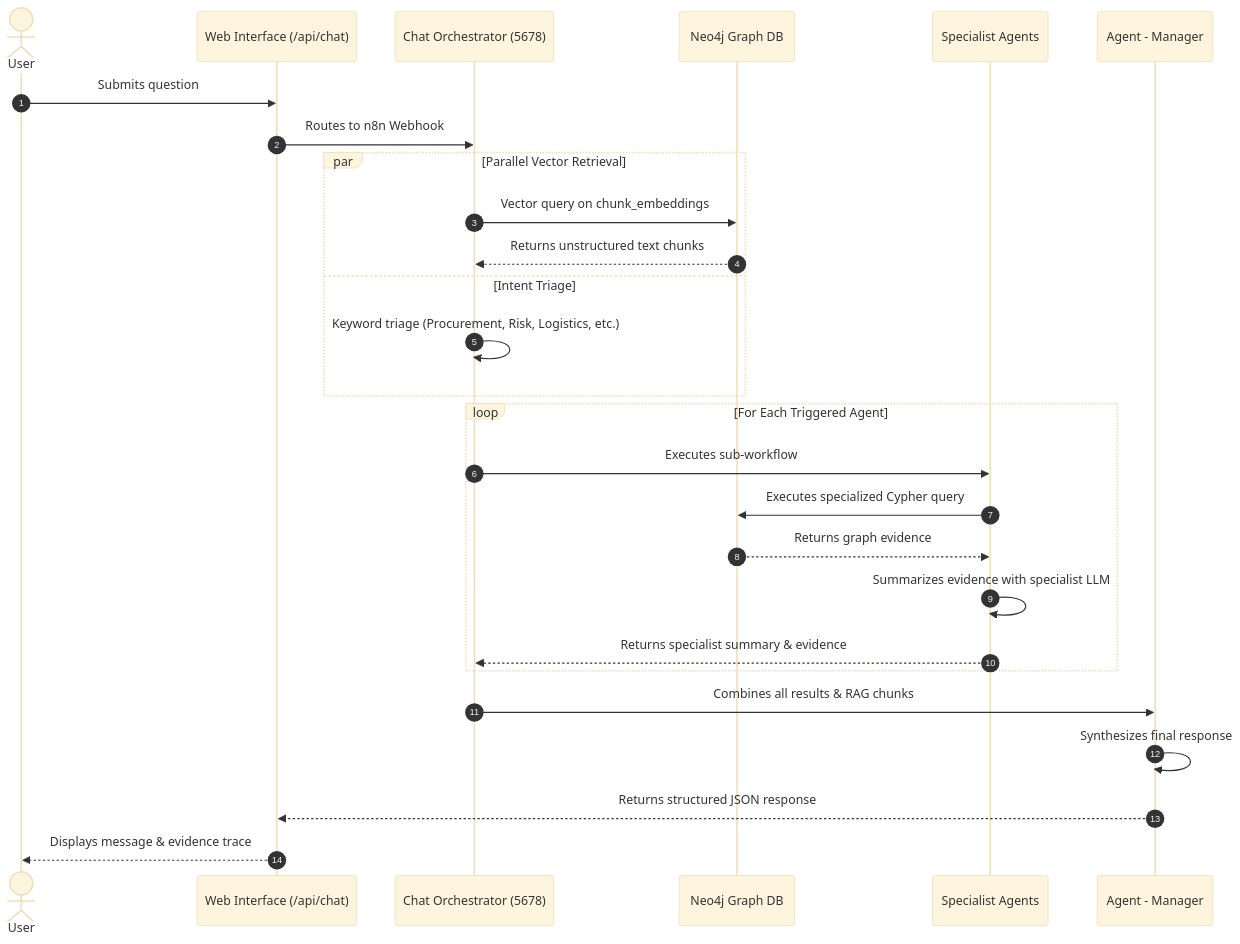
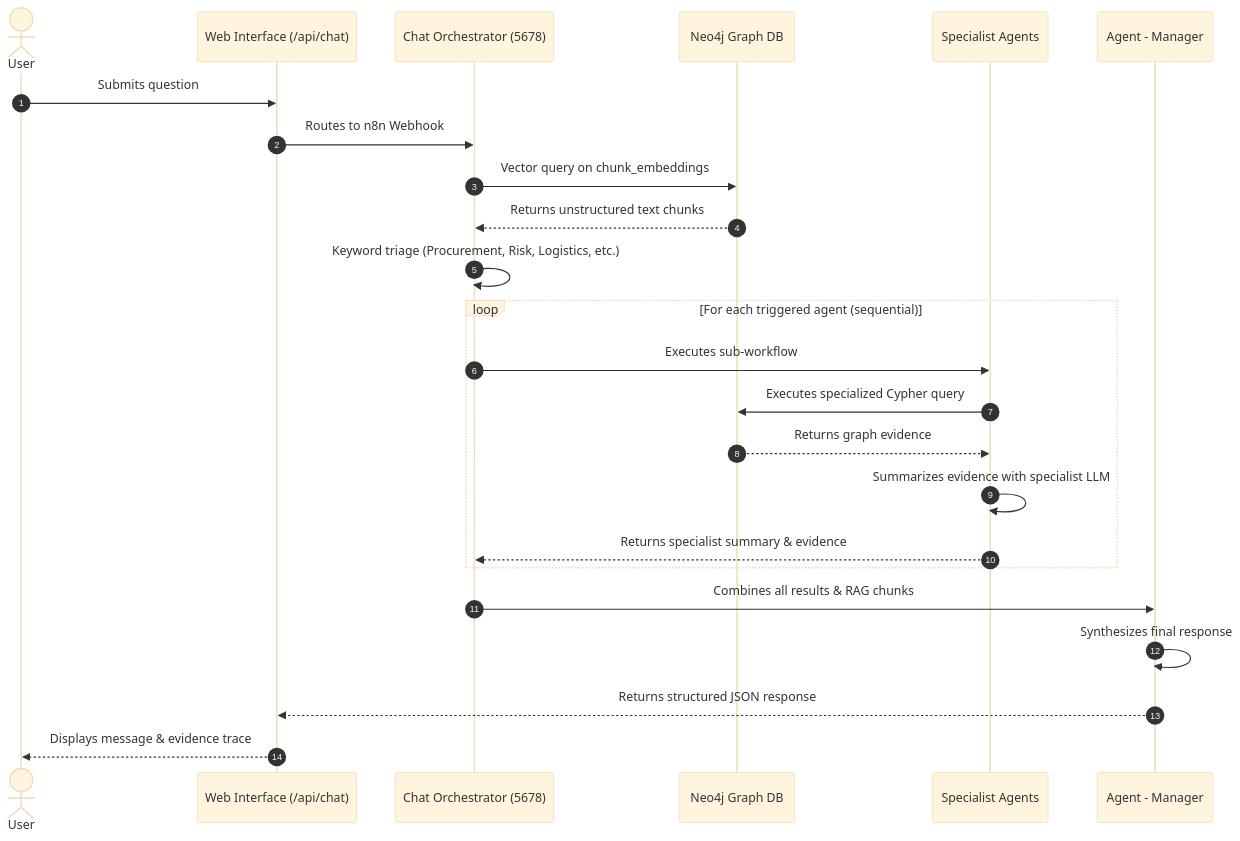
The diagram in n8n-workflows/02_CHAT_SYSTEM_GUIDE.md (duyhhoang/ai-agents-in-practice), drawn with Mermaid (base theme) before and after one commit. The commit also changed other lines of this file and 32 other files, not shown here.

````diff
--- a/n8n-workflows/02_CHAT_SYSTEM_GUIDE.md
+++ b/n8n-workflows/02_CHAT_SYSTEM_GUIDE.md
@@ -12,33 +12,30 @@
 ```mermaid
 sequenceDiagram
     autonumber
     actor User
     participant Web as Web Interface (/api/chat)
     participant Orchestrator as Chat Orchestrator (5678)
     participant Neo4j as Neo4j Graph DB
     participant Specialists as Specialist Agents
     participant Manager as Agent - Manager
 
     User->>Web: Submits question
     Web->>Orchestrator: Routes to n8n Webhook
     
-    par Parallel Vector Retrieval
-        Orchestrator->>Neo4j: Vector query on chunk_embeddings
-        Neo4j-->>Orchestrator: Returns unstructured text chunks
-    and Intent Triage
-        Orchestrator->>Orchestrator: Keyword triage (Procurement, Risk, Logistics, etc.)
-    end
+    Orchestrator->>Neo4j: Vector query on chunk_embeddings
+    Neo4j-->>Orchestrator: Returns unstructured text chunks
+    Orchestrator->>Orchestrator: Keyword triage (Procurement, Risk, Logistics, etc.)
 
-    loop For Each Triggered Agent
+    loop For each triggered agent (sequential)
         Orchestrator->>Specialists: Executes sub-workflow
         Specialists->>Neo4j: Executes specialized Cypher query
         Neo4j-->>Specialists: Returns graph evidence
         Specialists->>Specialists: Summarizes evidence with specialist LLM
         Specialists-->>Orchestrator: Returns specialist summary & evidence
     end
 
     Orchestrator->>Manager: Combines all results & RAG chunks
     Manager->>Manager: Synthesizes final response
     Manager-->>Web: Returns structured JSON response
     Web-->>User: Displays message & evidence trace
 ```
````
